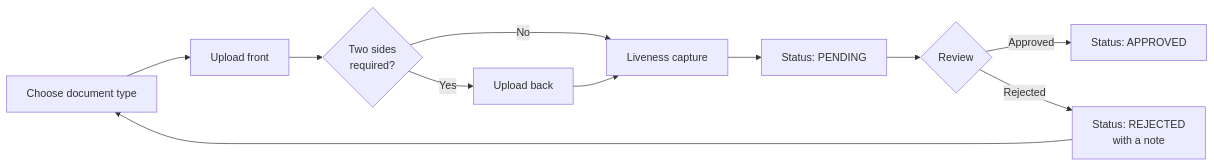
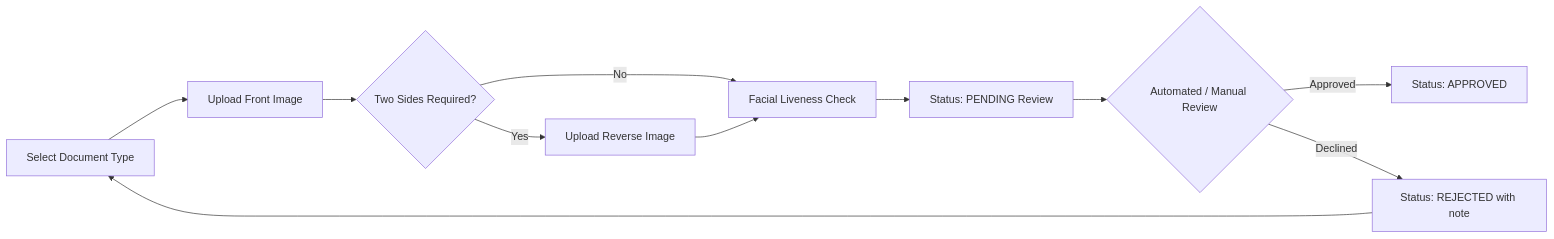
Before and after one commit to rempprandy/docs: the diagram in getting-started/verify-your-identity.mdx, drawn with Mermaid. The commit also changed other lines of this file and 37 other files, not shown here.

````diff
--- a/getting-started/verify-your-identity.mdx
+++ b/getting-started/verify-your-identity.mdx
@@ -43,13 +42,13 @@
 ```mermaid
 flowchart LR
-    A[Choose document type] --> B[Upload front]
-    B --> C{Two sides<br/>required?}
-    C -->|Yes| D[Upload back]
-    C -->|No| E[Liveness capture]
+    A[Select Document Type] --> B[Upload Front Image]
+    B --> C{Two Sides Required?}
+    C -->|Yes| D[Upload Reverse Image]
+    C -->|No| E[Facial Liveness Check]
     D --> E
-    E --> F[Status: PENDING]
-    F --> G{Review}
+    E --> F[Status: PENDING Review]
+    F --> G{Automated / Manual Review}
     G -->|Approved| H[Status: APPROVED]
-    G -->|Rejected| I[Status: REJECTED<br/>with a note]
+    G -->|Declined| I[Status: REJECTED with note]
     I --> A
 ```
````
